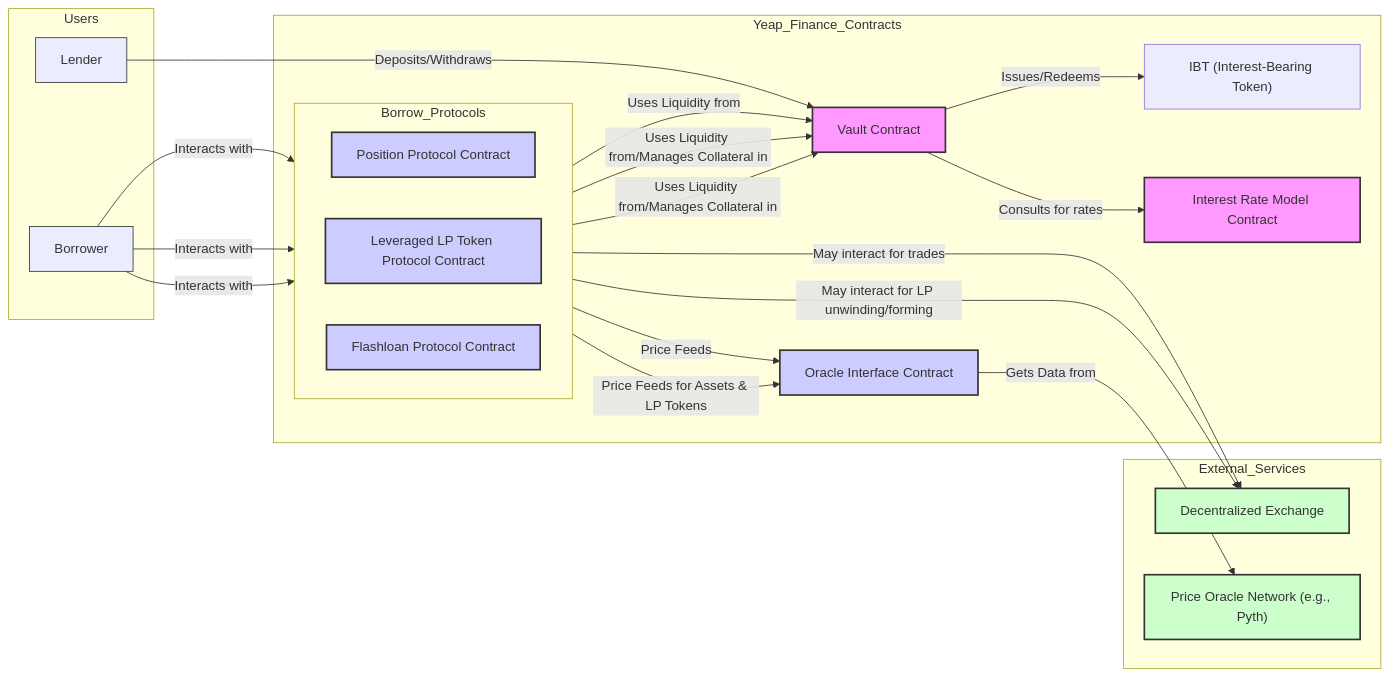
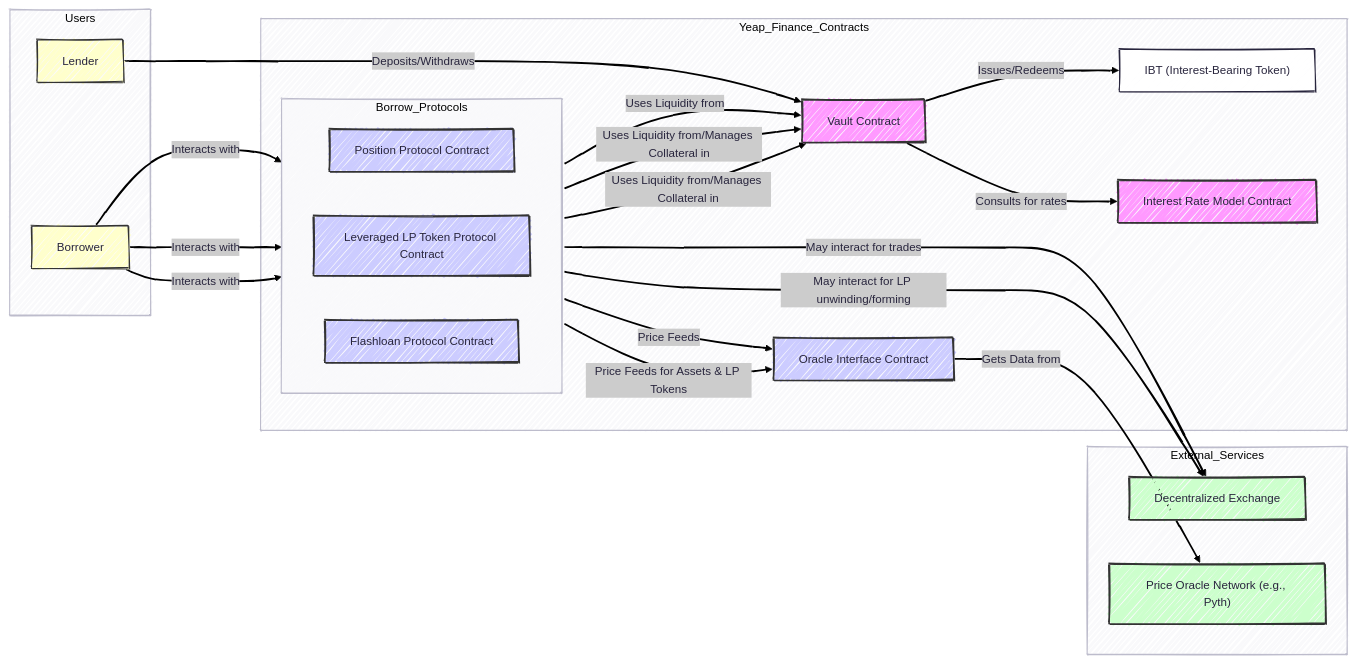
One commit to yeap-finance/docs changed the fourth of 5 diagrams in Yeap Finance WhitePaper(v3)_ The Multi-Protocol Engine for Decentralized Lending.md. Above: the diagram before and after it, drawn with Mermaid. The commit also changed other lines of this file, not shown here.

````diff
--- a/Yeap Finance WhitePaper(v3)_ The Multi-Protocol Engine for Decentralized Lending.md
+++ b/Yeap Finance WhitePaper(v3)_ The Multi-Protocol Engine for Decentralized Lending.md
@@ -290,55 +308,61 @@
 ``` mermaid
+---
+config:
+  look: handDrawn
+  layout: dagre
+  theme: redux
+---
 graph LR
     subgraph Users
         Lender[Lender]
         Borrower[Borrower]
     end
 
     subgraph Yeap_Finance_Contracts
         VC["Vault Contract"]
         IBT["IBT (Interest-Bearing Token)"]
         IRM[Interest Rate Model Contract]
         OIC[Oracle Interface Contract]
 
         subgraph Borrow_Protocols
             direction LR
             PP[Position Protocol Contract]
             LLPP[Leveraged LP Token Protocol Contract]
             FP[Flashloan Protocol Contract]
         end
     end
 
     subgraph External_Services
         DEX["Decentralized Exchange"]
         PriceOracles["Price Oracle Network (e.g., Pyth)"]
     end
 
     Lender -- "Deposits/Withdraws" --> VC
     VC -- "Issues/Redeems" --> IBT
     VC -- "Consults for rates" --> IRM
     Borrower -- "Interacts with" --> PP
     Borrower -- "Interacts with" --> LLPP
     Borrower -- "Interacts with" --> FP
 
     FP -- "Uses Liquidity from" --> VC
     PP -- "Uses Liquidity from/Manages Collateral in" --> VC
     LLPP -- "Uses Liquidity from/Manages Collateral in" --> VC
 
     PP -- "Price Feeds" --> OIC
     LLPP -- "Price Feeds for Assets & LP Tokens" --> OIC
 
     PP -- "May interact for trades" --> DEX
 
     OIC -- "Gets Data from" --> PriceOracles
     LLPP -- "May interact for LP unwinding/forming" --> DEX
 
     classDef vault fill:#f9f,stroke:#333,stroke-width:2px;
     classDef protocol fill:#ccf,stroke:#333,stroke-width:2px;
     classDef external fill:#cfc,stroke:#333,stroke-width:2px;
-    classDef user fill:#lightgrey,stroke:#333;
+    classDef user fill:#ffc,stroke:#333;
 
     class VC,IRM vault;
     class PP,LLPP,FP,OIC protocol;
     class DEX,PriceOracles external;
     class Lender,Borrower user;
 ```
````
